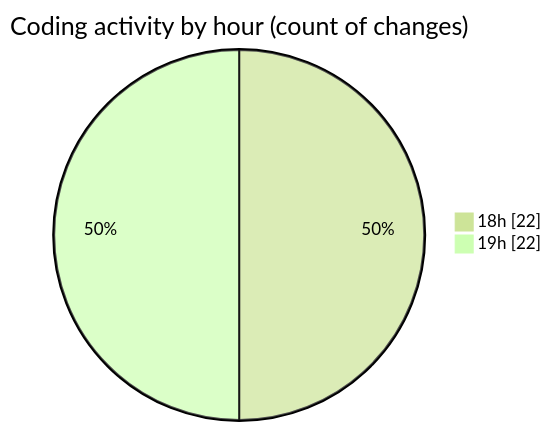
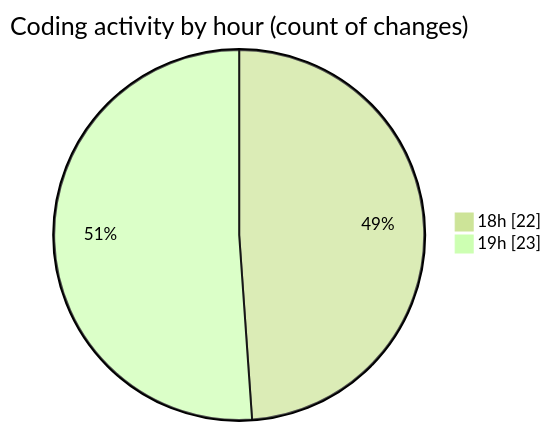
One commit to idhammustaqopulfikri/code-tracking changed the second of 2 diagrams in 2025-06-13/studio-backend/README.md. Above: the diagram before and after it, drawn with Mermaid (forest theme). The commit also changed other lines of this file and 1 other file, not shown here.

````diff
--- a/2025-06-13/studio-backend/README.md
+++ b/2025-06-13/studio-backend/README.md
@@ -39,6 +39,6 @@
 ```mermaid
 pie showData
 title Coding activity by hour (count of changes)
 "18h" : 22
-"19h" : 22
+"19h" : 23
 ```
````
